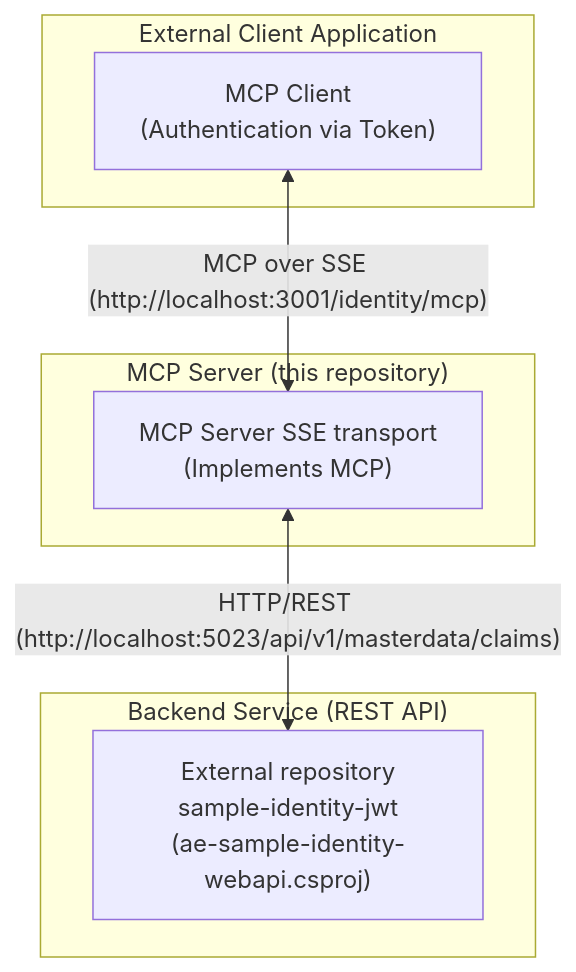
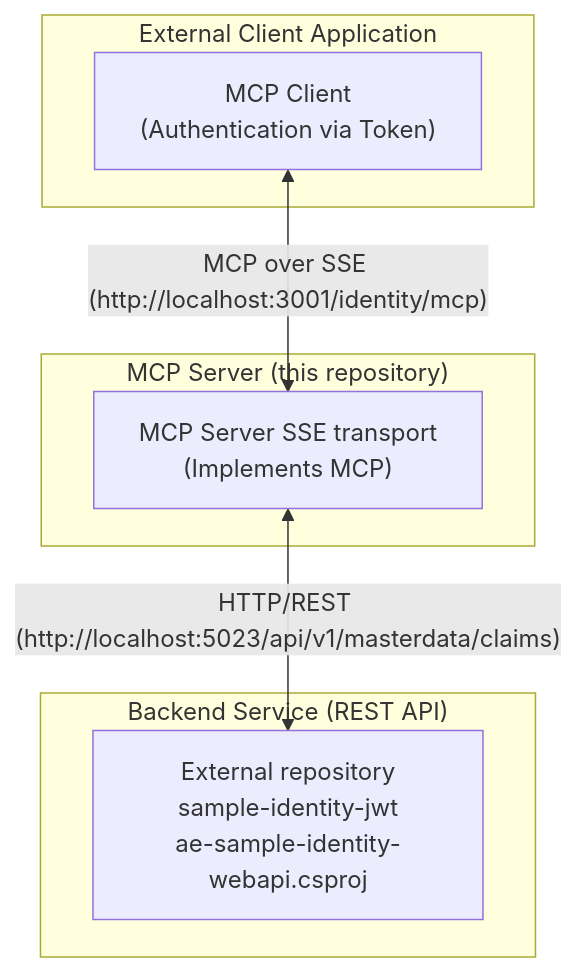
Before and after one commit to ISubkowskI/ae-poc-identity-mcpsrv: the diagram in README.md, drawn with Mermaid. The commit also changed other lines of this file and 1 other file, not shown here.

````diff
--- a/README.md
+++ b/README.md
@@ -11,17 +11,17 @@
 ```mermaid
 graph TD
     subgraph "External Client Application"
         lblMCPClient["MCP Client<br/>(Authentication via Token)"]
     end
 
     subgraph "MCP Server (this repository)"
         lblMCPServer["MCP Server SSE transport<br/>(Implements MCP)"]
     end
 
     subgraph "Backend Service (REST API)"
-        lblBackendService["External repository<br/>sample-identity-jwt<br/>(ae-sample-identity-webapi.csproj)"]
+        lblBackendService["External repository<br/>sample-identity-jwt<br/>ae-sample-identity-webapi.csproj"]
     end
 
     lblMCPClient -- "MCP over SSE (http://localhost:3001/identity/mcp)" <--> lblMCPServer
     lblMCPServer -- "HTTP/REST (http://localhost:5023/api/v1/masterdata/claims)" <--> lblBackendService
 ```
````
